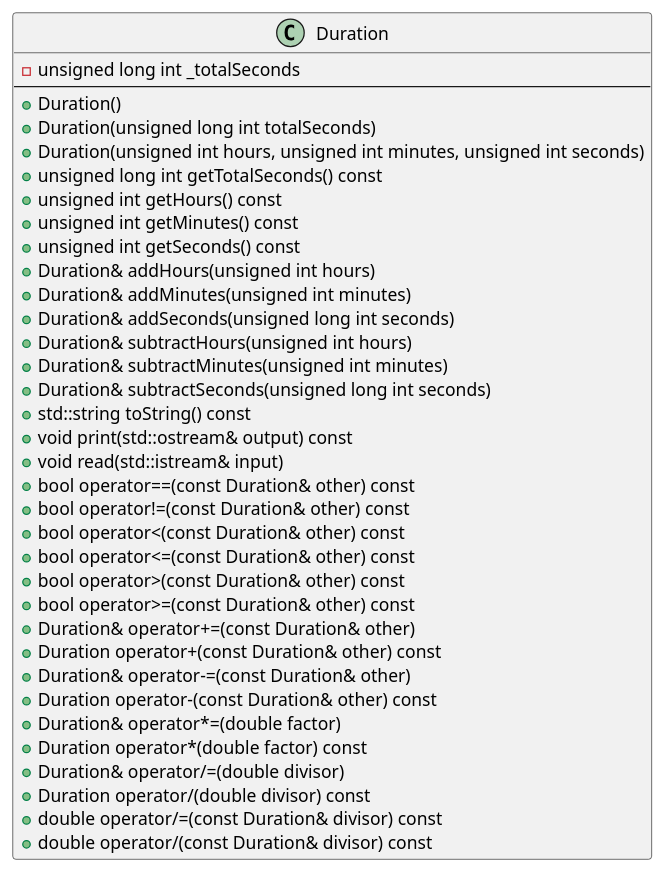
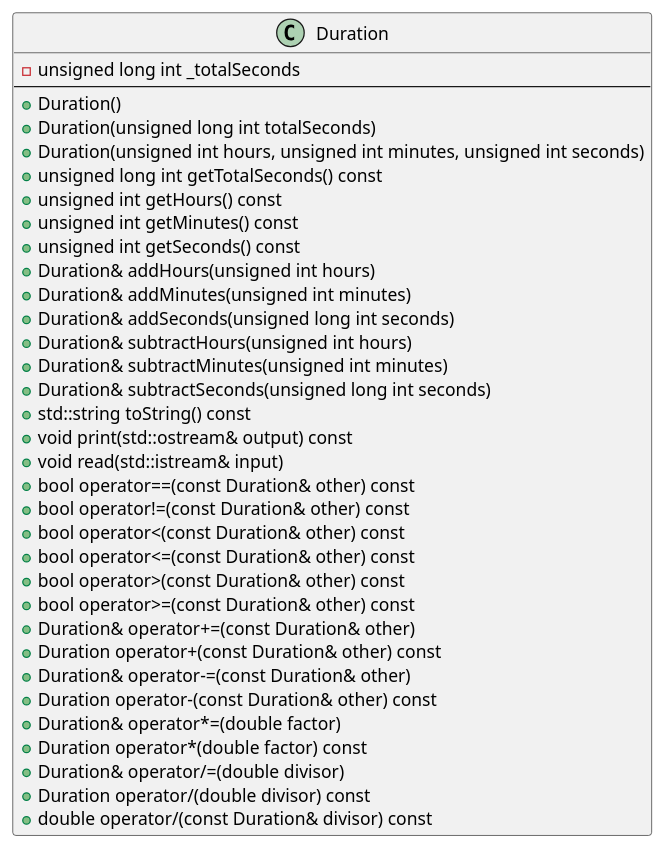
One commit to plbrault/420-SF2-RE changed the fourth of 7 diagrams in laboratoires/lab04-poo3/consignes/lab04.md. Above: the diagram before and after it, drawn with PlantUML. The commit also changed other lines of this file, not shown here.

Commit message:
correction de l'erreur dans les autres diagrammes

````diff
--- a/laboratoires/lab04-poo3/consignes/lab04.md
+++ b/laboratoires/lab04-poo3/consignes/lab04.md
@@ -725,40 +725,39 @@
 ```plantuml
 @startuml
 class Duration {
     - unsigned long int _totalSeconds
     --
     + Duration()
     + Duration(unsigned long int totalSeconds)
     + Duration(unsigned int hours, unsigned int minutes, unsigned int seconds)
     + unsigned long int getTotalSeconds() const
     + unsigned int getHours() const
     + unsigned int getMinutes() const
     + unsigned int getSeconds() const
     + Duration& addHours(unsigned int hours)
     + Duration& addMinutes(unsigned int minutes)
     + Duration& addSeconds(unsigned long int seconds)
     + Duration& subtractHours(unsigned int hours)
     + Duration& subtractMinutes(unsigned int minutes)
     + Duration& subtractSeconds(unsigned long int seconds)
     + std::string toString() const
     + void print(std::ostream& output) const
     + void read(std::istream& input)
     + bool operator==(const Duration& other) const
     + bool operator!=(const Duration& other) const
     + bool operator<(const Duration& other) const
     + bool operator<=(const Duration& other) const
     + bool operator>(const Duration& other) const
     + bool operator>=(const Duration& other) const
     + Duration& operator+=(const Duration& other)
     + Duration operator+(const Duration& other) const
     + Duration& operator-=(const Duration& other)
     + Duration operator-(const Duration& other) const
     + Duration& operator*=(double factor)
     + Duration operator*(double factor) const
     + Duration& operator/=(double divisor)
     + Duration operator/(double divisor) const
-    + double operator/=(const Duration& divisor) const
     + double operator/(const Duration& divisor) const
 }
 @enduml
 ```
````
